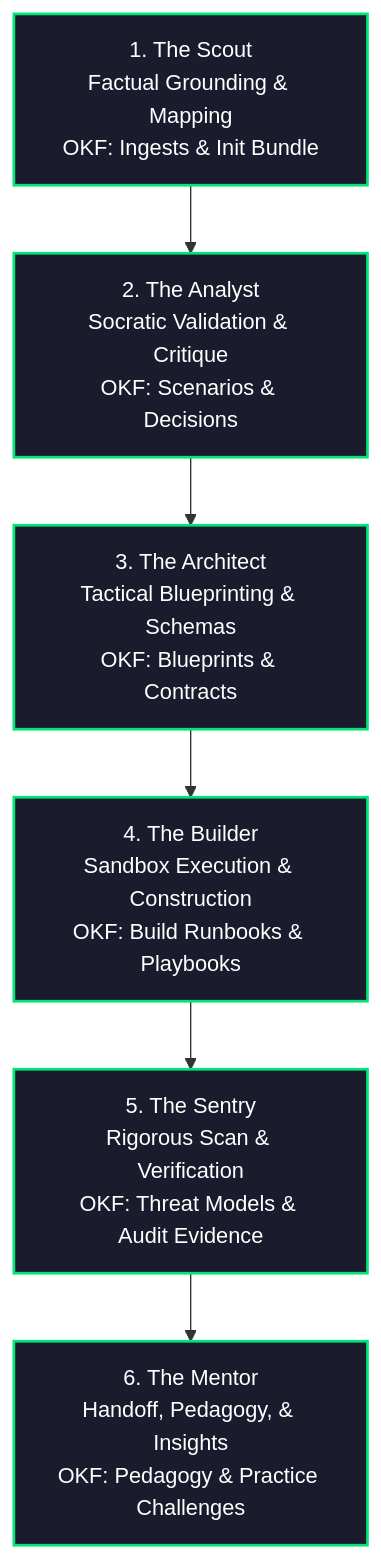
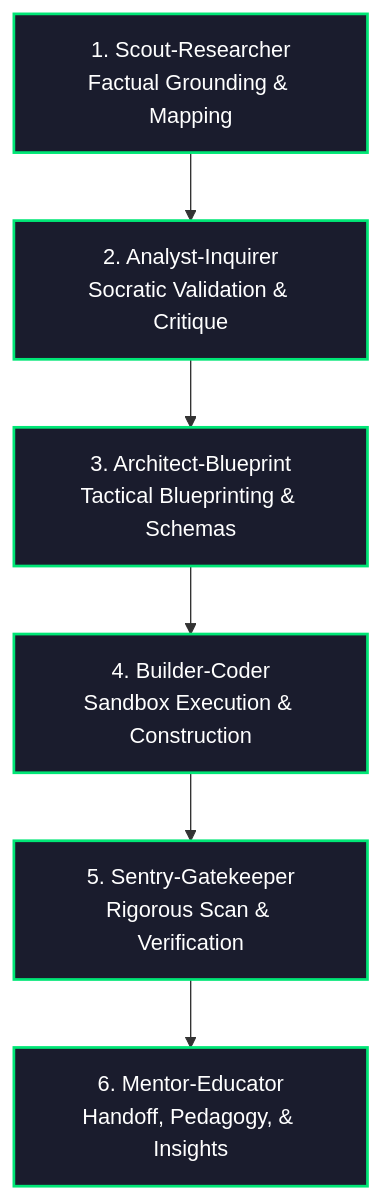
One commit to ksprashu/skills-6-personas changed the diagram in skills/6-personas/SKILL.md. Above: the diagram before and after it, drawn with Mermaid. The commit also changed other lines of this file and 1 other file, not shown here.

Commit message:
feat: implement Dual-Mode Execution Architecture and subagent role primers

````diff
--- a/skills/6-personas/SKILL.md
+++ b/skills/6-personas/SKILL.md
@@ -42,11 +51,11 @@
 ```mermaid
 flowchart TD
-    Scout[1. The Scout<br>Factual Grounding & Mapping<br>OKF: Ingests & Init Bundle] --> Analyst[2. The Analyst<br>Socratic Validation & Critique<br>OKF: Scenarios & Decisions]
-    Analyst --> Architect[3. The Architect<br>Tactical Blueprinting & Schemas<br>OKF: Blueprints & Contracts]
-    Architect --> Builder[4. The Builder<br>Sandbox Execution & Construction<br>OKF: Build Runbooks & Playbooks]
-    Builder --> Sentry[5. The Sentry<br>Rigorous Scan & Verification<br>OKF: Threat Models & Audit Evidence]
-    Sentry --> Mentor[6. The Mentor<br>Handoff, Pedagogy, & Insights<br>OKF: Pedagogy & Practice Challenges]
+    Scout[1. Scout-Researcher<br>Factual Grounding & Mapping] --> Analyst[2. Analyst-Inquirer<br>Socratic Validation & Critique]
+    Analyst --> Architect[3. Architect-Blueprint<br>Tactical Blueprinting & Schemas]
+    Architect --> Builder[4. Builder-Coder<br>Sandbox Execution & Construction]
+    Builder --> Sentry[5. Sentry-Gatekeeper<br>Rigorous Scan & Verification]
+    Sentry --> Mentor[6. Mentor-Educator<br>Handoff, Pedagogy, & Insights]
     
     classDef personas fill:#1a1c2d,stroke:#00e676,stroke-width:2px,color:#fff;
     class Scout,Analyst,Architect,Builder,Sentry,Mentor personas;
 ```
````
